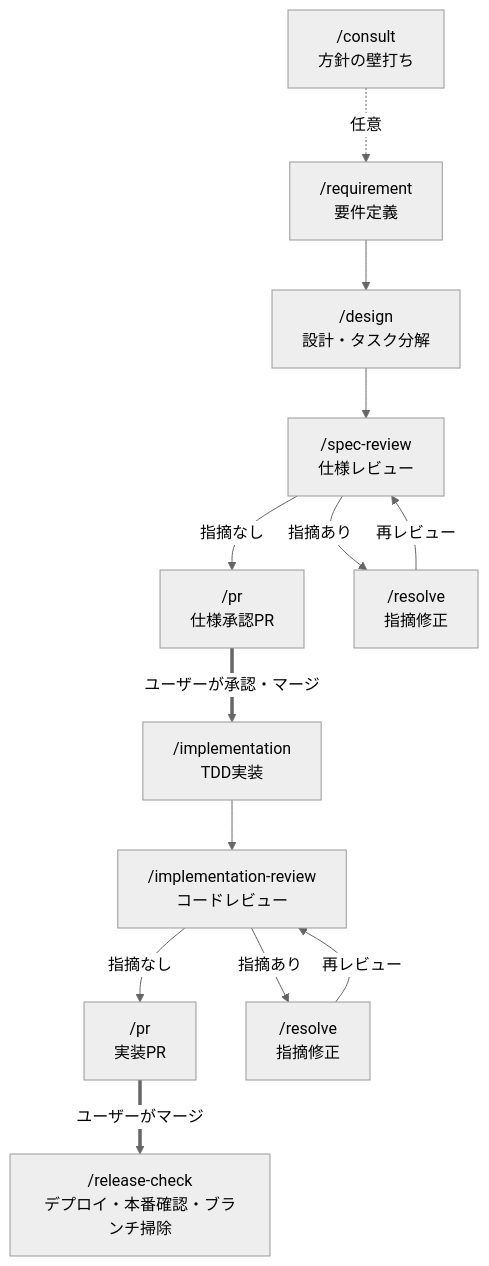
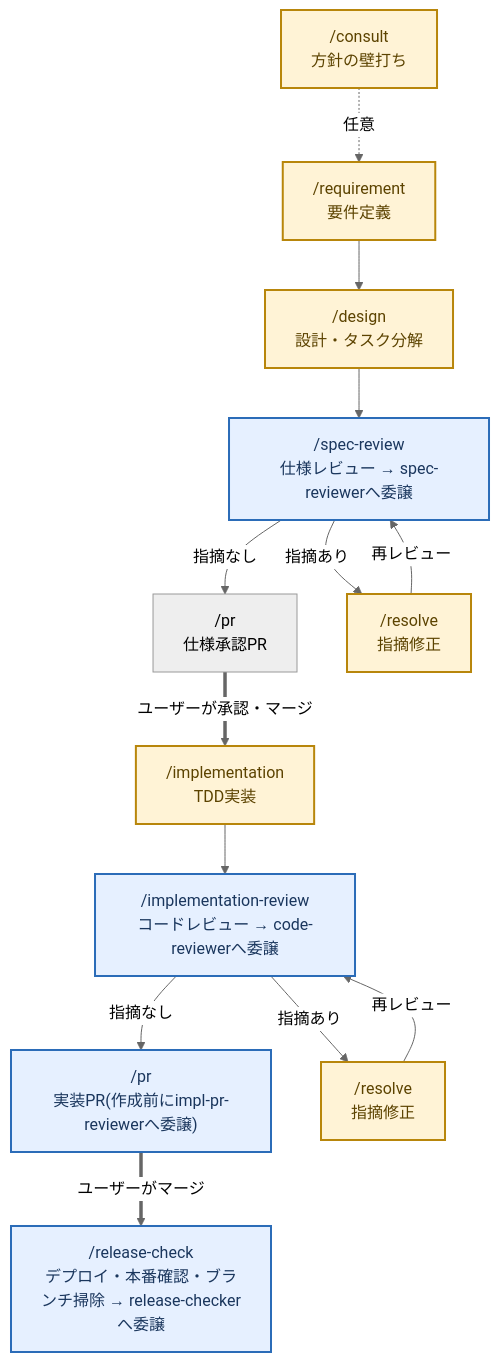
The second of 3 diagrams in .claude/skills/README.md (zakiyama0108/benriyatool), drawn with Mermaid (neutral theme) before and after one commit. The commit also changed other lines of this file and 1 other file, not shown here.

First line of the commit message:
docs(skills): ADR 0002とREADMEで重複していた遷移図を統合 (#113)

````diff
--- a/.claude/skills/README.md
+++ b/.claude/skills/README.md
@@ -108,27 +134,32 @@
 ```mermaid
 flowchart TD
     consult["/consult<br>方針の壁打ち"]
     requirement["/requirement<br>要件定義"]
     design["/design<br>設計・タスク分解"]
-    specreview["/spec-review<br>仕様レビュー"]
+    specreview["/spec-review<br>仕様レビュー → spec-reviewerへ委譲"]
     prspec["/pr<br>仕様承認PR"]
     implementation["/implementation<br>TDD実装"]
-    implreview["/implementation-review<br>コードレビュー"]
-    primpl["/pr<br>実装PR"]
-    release["/release-check<br>デプロイ・本番確認・ブランチ掃除"]
+    implreview["/implementation-review<br>コードレビュー → code-reviewerへ委譲"]
+    primpl["/pr<br>実装PR(作成前にimpl-pr-reviewerへ委譲)"]
+    release["/release-check<br>デプロイ・本番確認・ブランチ掃除 → release-checkerへ委譲"]
     resolve1["/resolve<br>指摘修正"]
     resolve2["/resolve<br>指摘修正"]
 
     consult -.任意.-> requirement
     requirement --> design
     design --> specreview
     specreview -->|指摘あり| resolve1
     resolve1 -->|再レビュー| specreview
     specreview -->|指摘なし| prspec
     prspec ==>|ユーザーが承認・マージ| implementation
     implementation --> implreview
     implreview -->|指摘あり| resolve2
     resolve2 -->|再レビュー| implreview
     implreview -->|指摘なし| primpl
     primpl ==>|ユーザーがマージ| release
+
+    classDef dialogue fill:#fff3d6,stroke:#b8860b,stroke-width:2px,color:#5c4300;
+    classDef agent fill:#e6f0ff,stroke:#2b6cb8,stroke-width:2px,color:#1a365d;
+    class consult,requirement,design,resolve1,resolve2,implementation dialogue;
+    class specreview,implreview,primpl,release agent;
 ```
````
